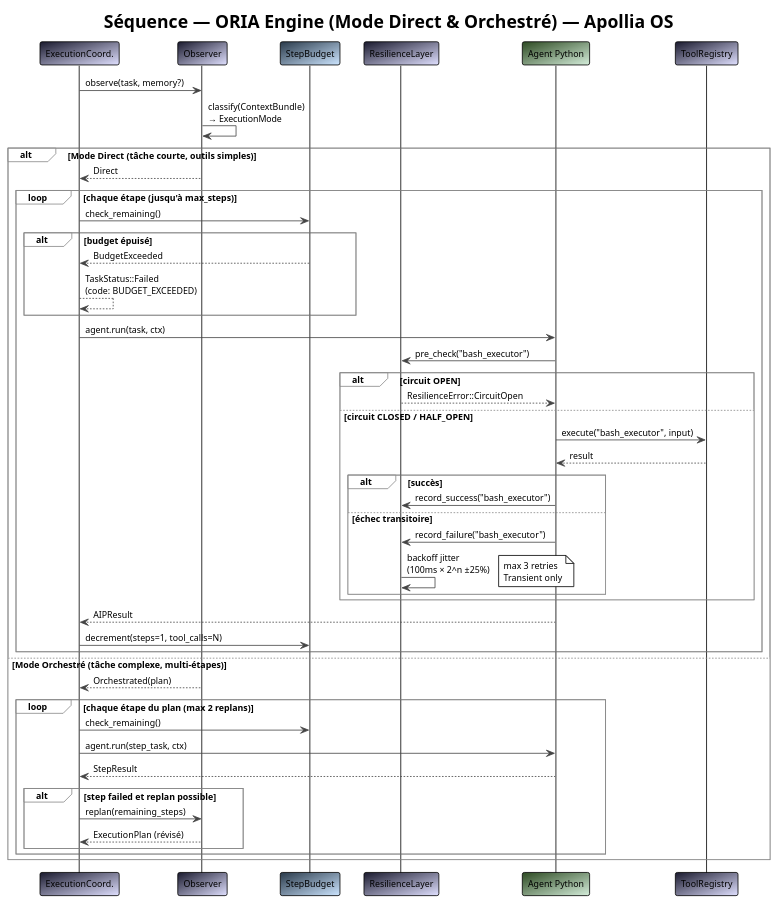
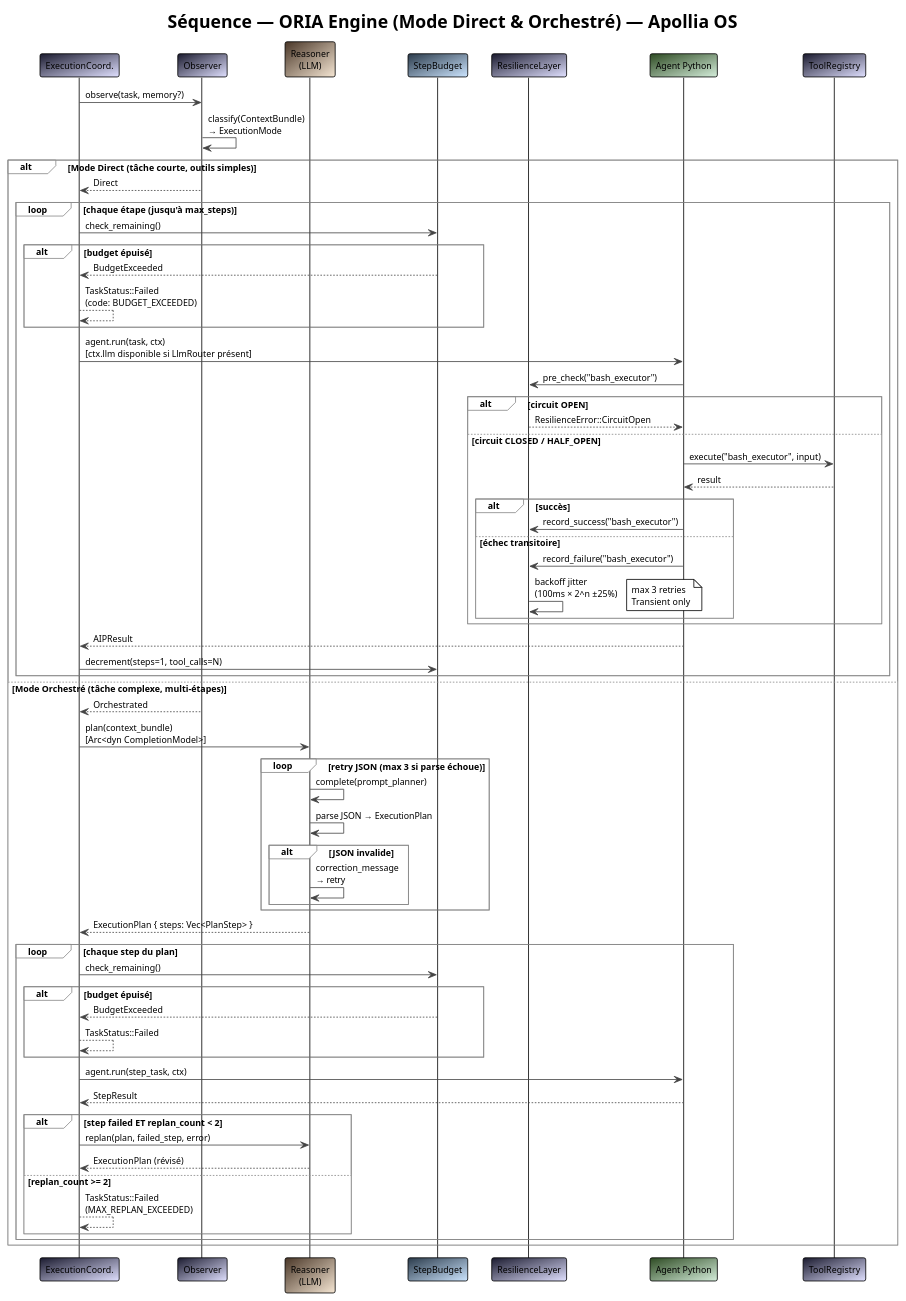
Before and after one commit to nidal-z/apollia-os: the diagram in docs/diagrams/seq-oria-loop.puml, drawn with PlantUML. The commit also changed 28 other files, not shown here.

```diff
--- a/docs/diagrams/seq-oria-loop.puml
+++ b/docs/diagrams/seq-oria-loop.puml
@@ -1,74 +1,95 @@
 @startuml seq-oria-loop
 !theme plain
 skinparam backgroundColor #FFFFFF
 skinparam defaultFontName "JetBrains Mono"
 skinparam defaultFontSize 11
 skinparam ArrowColor #444444
 skinparam BorderColor #444444
 skinparam SequenceGroupBorderColor #888888
 
 title Séquence — ORIA Engine (Mode Direct & Orchestré) — Apollia OS
 
 participant "ExecutionCoord." as coord #1a1a2e/e0e0ff
 participant "Observer" as obs #1a1a2e/e0e0ff
+participant "Reasoner\n(LLM)" as reasoner #4a3728/f5e6d3
 participant "StepBudget" as budget #2a3a4a/cce5ff
 participant "ResilienceLayer" as resilience #1a1a2e/e0e0ff
 participant "Agent Python" as agent #2d4a22/d4edda
 participant "ToolRegistry" as tools #1a1a2e/e0e0ff
 
 coord -> obs : observe(task, memory?)
 
 obs -> obs : classify(ContextBundle)\n→ ExecutionMode
 
 alt Mode Direct (tâche courte, outils simples)
 
   obs --> coord : Direct
 
   loop chaque étape (jusqu'à max_steps)
     coord -> budget : check_remaining()
 
     alt budget épuisé
       budget --> coord : BudgetExceeded
       coord --> coord : TaskStatus::Failed\n(code: BUDGET_EXCEEDED)
     end
 
-    coord -> agent : agent.run(task, ctx)
+    coord -> agent : agent.run(task, ctx)\n[ctx.llm disponible si LlmRouter présent]
     agent -> resilience : pre_check("bash_executor")
 
     alt circuit OPEN
       resilience --> agent : ResilienceError::CircuitOpen
     else circuit CLOSED / HALF_OPEN
       agent -> tools : execute("bash_executor", input)
       tools --> agent : result
 
       alt succès
         agent -> resilience : record_success("bash_executor")
       else échec transitoire
         agent -> resilience : record_failure("bash_executor")
         resilience -> resilience : backoff jitter\n(100ms × 2^n ±25%)
         note right : max 3 retries\nTransient only
       end
     end
 
     agent --> coord : AIPResult
     coord -> budget : decrement(steps=1, tool_calls=N)
   end
 
 else Mode Orchestré (tâche complexe, multi-étapes)
 
-  obs --> coord : Orchestrated(plan)
+  obs --> coord : Orchestrated
 
-  loop chaque étape du plan (max 2 replans)
+  coord -> reasoner : plan(context_bundle)\n[Arc<dyn CompletionModel>]
+
+  loop retry JSON (max 3 si parse échoue)
+    reasoner -> reasoner : complete(prompt_planner)
+    reasoner -> reasoner : parse JSON → ExecutionPlan
+    alt JSON invalide
+      reasoner -> reasoner : correction_message\n→ retry
+    end
+  end
+
+  reasoner --> coord : ExecutionPlan { steps: Vec<PlanStep> }
+
+  loop chaque step du plan
     coord -> budget : check_remaining()
+
+    alt budget épuisé
+      budget --> coord : BudgetExceeded
+      coord --> coord : TaskStatus::Failed
+    end
+
     coord -> agent : agent.run(step_task, ctx)
     agent --> coord : StepResult
 
-    alt step failed et replan possible
-      coord -> obs : replan(remaining_steps)
-      obs --> coord : ExecutionPlan (révisé)
+    alt step failed ET replan_count < 2
+      coord -> reasoner : replan(plan, failed_step, error)
+      reasoner --> coord : ExecutionPlan (révisé)
+    else replan_count >= 2
+      coord --> coord : TaskStatus::Failed\n(MAX_REPLAN_EXCEEDED)
     end
   end
 
 end
 
 @enduml
```
